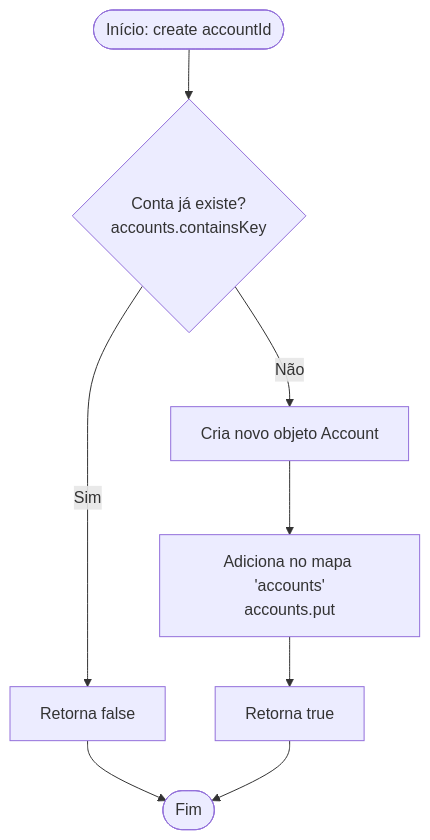
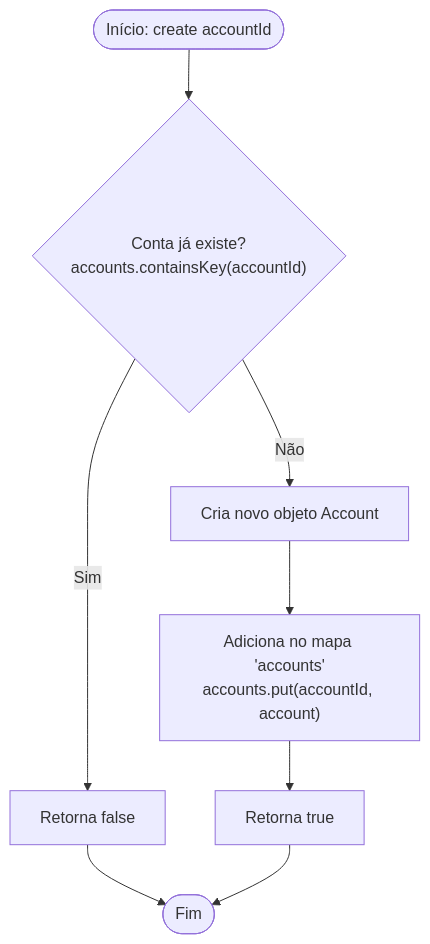
The third of 15 diagrams in doc/architecture/mermaid.md (guiassys/nubank-training), drawn with Mermaid before and after one commit. The commit also changed other lines of this file, not shown here.

````diff
--- a/doc/architecture/mermaid.md
+++ b/doc/architecture/mermaid.md
@@ -76,13 +76,13 @@
 ```mermaid
 flowchart TD
-    Start([Início: create accountId]) --> CheckExists{Conta já existe?\naccounts.containsKey}
+    Start([Início: create accountId]) --> CheckExists{"Conta já existe?\naccounts.containsKey(accountId)"}
     
     CheckExists -- Sim --> ReturnFalse[Retorna false]
     CheckExists -- Não --> CreateAccount[Cria novo objeto Account]
     
-    CreateAccount --> PutInMap[Adiciona no mapa 'accounts'\naccounts.put]
+    CreateAccount --> PutInMap["Adiciona no mapa 'accounts'\naccounts.put(accountId, account)"]
     PutInMap --> ReturnTrue[Retorna true]
 
     ReturnFalse --> End([Fim])
     ReturnTrue --> End
 ```
````
